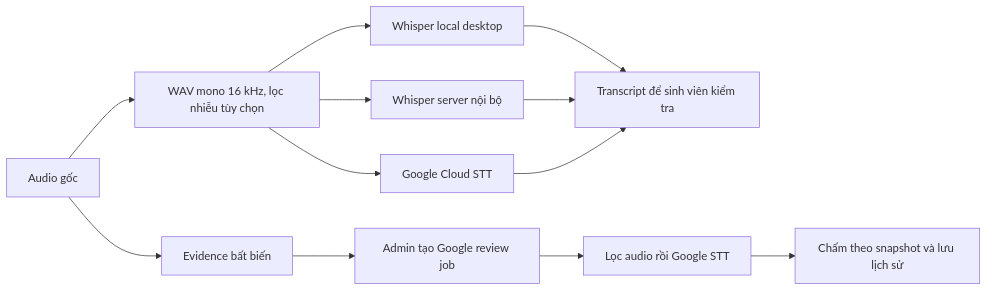
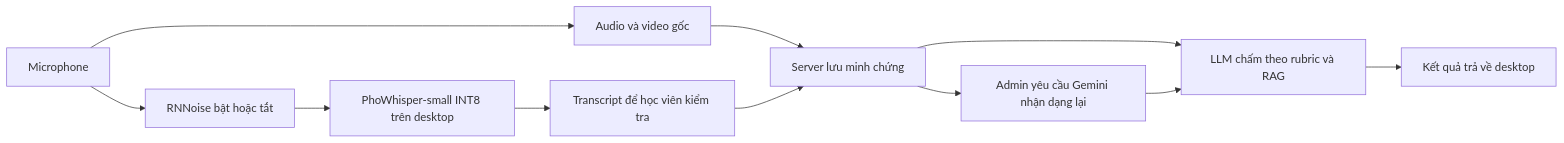
One commit to NCKH-LongT/AI-Oral-Assessment-Platform changed the second of 2 diagrams in docs/architecture/knowledge-speech.md. Above: the diagram before and after it, drawn with Mermaid. The commit also changed other lines of this file and 48 other files, not shown here.

Commit message:
Bundle offline PhoWhisper and separate desktop speech from server LLM grading

````diff
--- a/docs/architecture/knowledge-speech.md
+++ b/docs/architecture/knowledge-speech.md
@@ -28,14 +28,13 @@
 ```mermaid
 flowchart LR
-  A[Audio gốc] --> E[Evidence bất biến]
-  A --> P[WAV mono 16 kHz, lọc nhiễu tùy chọn]
-  P --> L[Whisper local desktop]
-  P --> S[Whisper server nội bộ]
-  P --> G[Google Cloud STT]
-  L --> T[Transcript để sinh viên kiểm tra]
-  S --> T
-  G --> T
-  E --> J[Admin tạo Google review job]
-  J --> P2[Lọc audio rồi Google STT]
-  P2 --> R[Chấm theo snapshot và lưu lịch sử]
+  Mic[Microphone] --> Raw[Audio và video gốc]
+  Mic --> Filter[RNNoise bật hoặc tắt]
+  Filter --> Local[PhoWhisper-small INT8 trên desktop]
+  Local --> Text[Transcript để học viên kiểm tra]
+  Raw --> Server[Server lưu minh chứng]
+  Text --> Server
+  Server --> Grade[LLM chấm theo rubric và RAG]
+  Grade --> Result[Kết quả trả về desktop]
+  Server --> Review[Admin yêu cầu Gemini nhận dạng lại]
+  Review --> Grade
 ```
````
